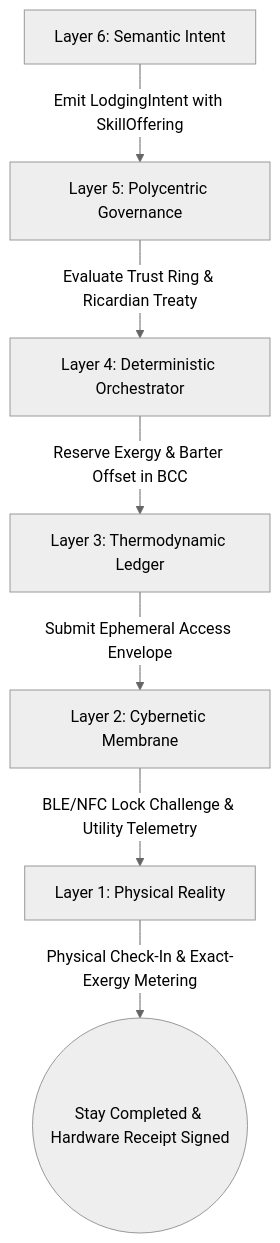
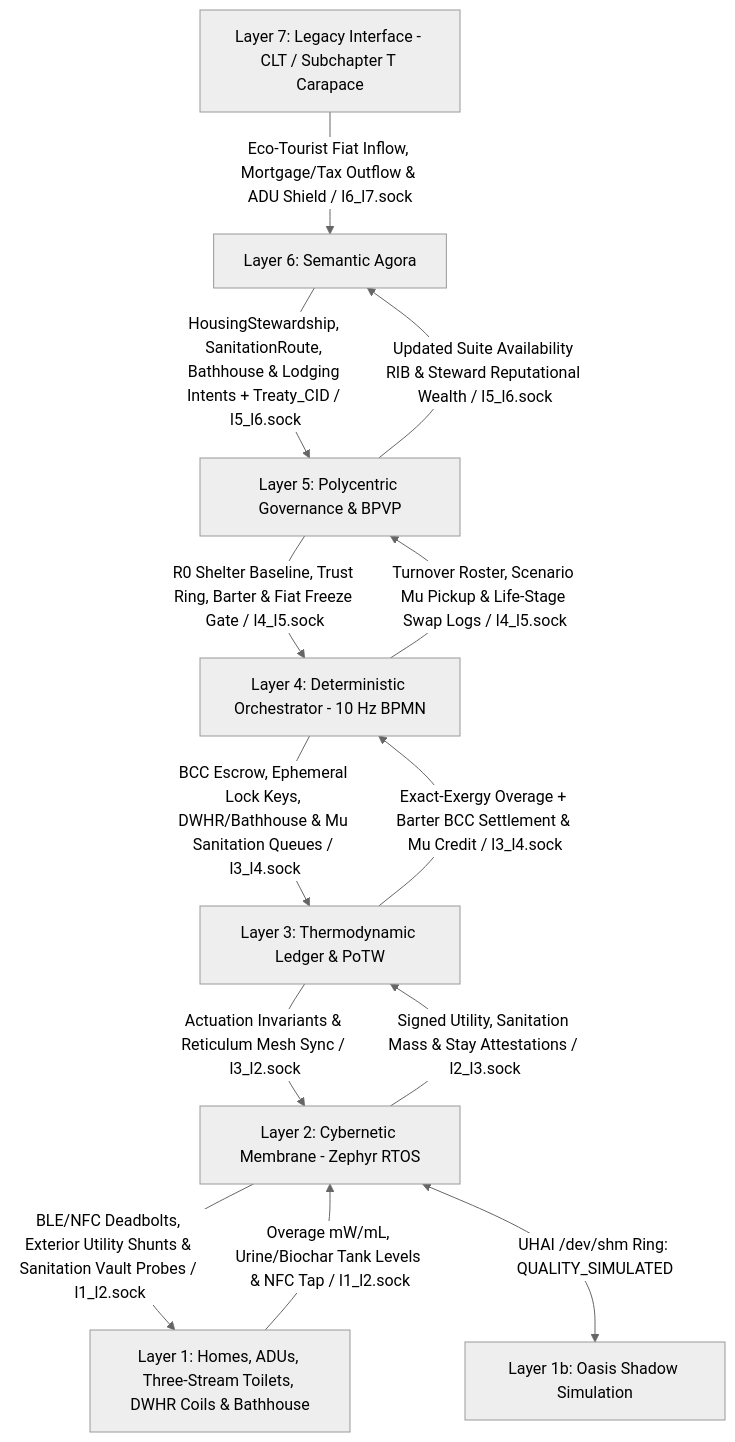
The first of 3 diagrams in docs/scenarios/zeta_lodging.md (raffaine/collective), drawn with Mermaid (neutral theme) before and after one commit. The commit also changed other lines of this file and 56 other files, not shown here.

Commit message:
feat(sprints-11-14): implement Homestead playability, 3D pathfinding, Scenario Gamma kitchen, Async Node Proxies, and Layer 6/5/4 architecture

````diff
--- a/docs/scenarios/zeta_lodging.md
+++ b/docs/scenarios/zeta_lodging.md
@@ -42,9 +116,15 @@
 ```mermaid
 graph TD
-    L6[Layer 6: Semantic Intent] -->|Emit LodgingIntent with SkillOffering| L5[Layer 5: Polycentric Governance]
-    L5 -->|Evaluate Trust Ring & Ricardian Treaty| L4[Layer 4: Deterministic Orchestrator]
-    L4 -->|Reserve Exergy & Barter Offset in BCC| L3[Layer 3: Thermodynamic Ledger]
-    L3 -->|Submit Ephemeral Access Envelope| L2[Layer 2: Cybernetic Membrane]
-    L2 -->|BLE/NFC Lock Challenge & Utility Telemetry| L1[Layer 1: Physical Reality]
-    L1 -->|Physical Check-In & Exact-Exergy Metering| End((Stay Completed & Hardware Receipt Signed))
+    L7[Layer 7: Legacy Interface - CLT / Subchapter T Carapace] -->|Eco-Tourist Fiat Inflow, Mortgage/Tax Outflow & ADU Shield / l6_l7.sock| L6[Layer 6: Semantic Agora]
+    L6 -->|HousingStewardship, SanitationRoute, Bathhouse & Lodging Intents + Treaty_CID / l5_l6.sock| L5[Layer 5: Polycentric Governance & BPVP]
+    L5 -->|R0 Shelter Baseline, Trust Ring, Barter & Fiat Freeze Gate / l4_l5.sock| L4[Layer 4: Deterministic Orchestrator - 10 Hz BPMN]
+    L4 -->|BCC Escrow, Ephemeral Lock Keys, DWHR/Bathhouse & Mu Sanitation Queues / l3_l4.sock| L3[Layer 3: Thermodynamic Ledger & PoTW]
+    L3 -->|Actuation Invariants & Reticulum Mesh Sync / l3_l2.sock| L2[Layer 2: Cybernetic Membrane - Zephyr RTOS]
+    L2 -->|BLE/NFC Deadbolts, Exterior Utility Shunts & Sanitation Vault Probes / l1_l2.sock| L1[Layer 1: Homes, ADUs, Three-Stream Toilets, DWHR Coils & Bathhouse]
+    L2 <-->|UHAI /dev/shm Ring: QUALITY_SIMULATED| L1b[Layer 1b: Oasis Shadow Simulation]
+    L1 -->|Overage mW/mL, Urine/Biochar Tank Levels & NFC Tap / l1_l2.sock| L2
+    L2 -->|Signed Utility, Sanitation Mass & Stay Attestations / l2_l3.sock| L3
+    L3 -->|Exact-Exergy Overage + Barter BCC Settlement & Mu Credit / l3_l4.sock| L4
+    L4 -->|Turnover Roster, Scenario Mu Pickup & Life-Stage Swap Logs / l4_l5.sock| L5
+    L5 -->|Updated Suite Availability RIB & Steward Reputational Wealth / l5_l6.sock| L6
 ```
````
